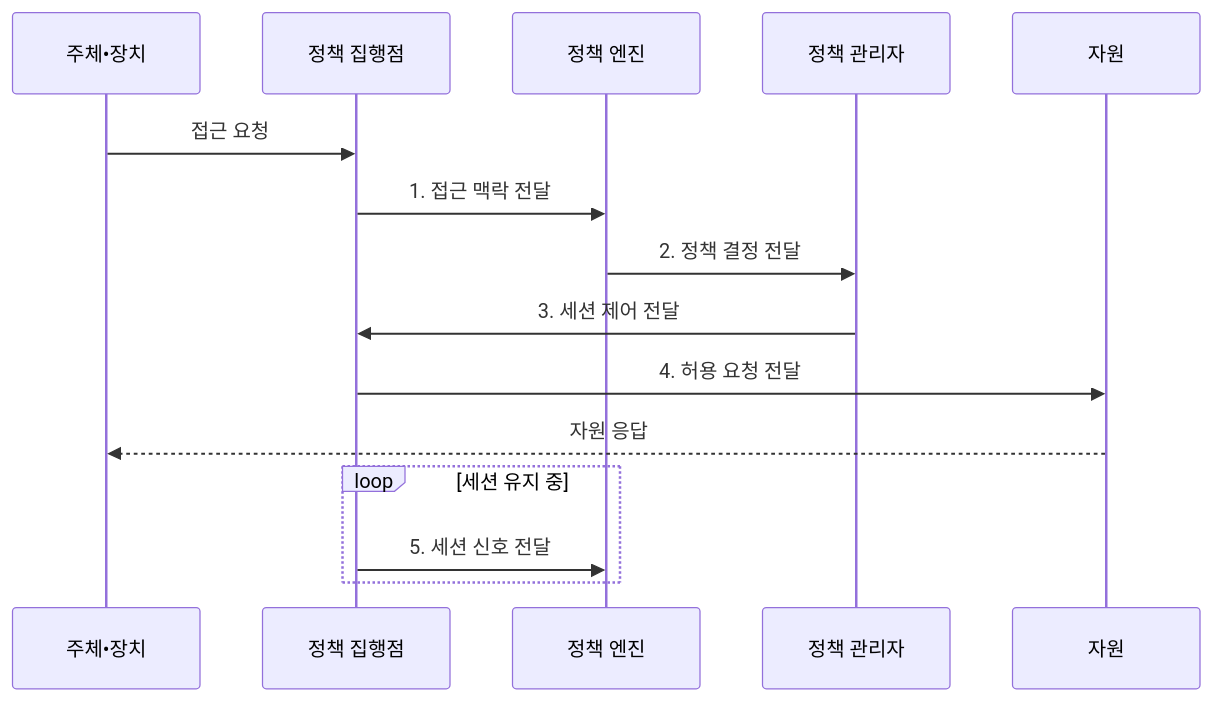
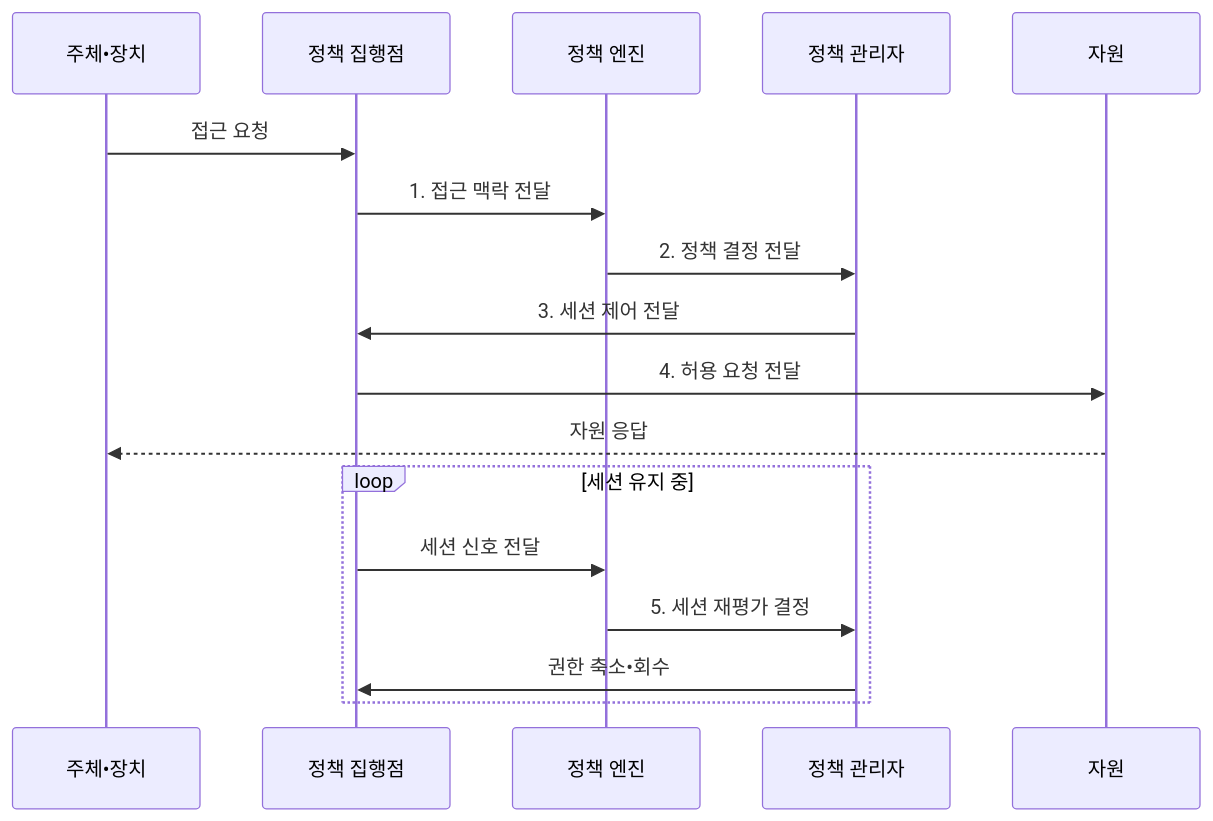
Before and after one commit to agnusdei1207/knowledge-base: the second of 2 diagrams in src/content/docs/notes/08-latest-tech/185_zero_trust_architecture.md, drawn with Mermaid. The commit also changed other lines of this file and 4 other files, not shown here.

````diff
--- a/src/content/docs/notes/08-latest-tech/185_zero_trust_architecture.md
+++ b/src/content/docs/notes/08-latest-tech/185_zero_trust_architecture.md
@@ -102,17 +102,19 @@
 ```mermaid
 sequenceDiagram
   participant S as 주체•장치
   participant P as 정책 집행점
   participant E as 정책 엔진
   participant A as 정책 관리자
   participant R as 자원
   S->>P: 접근 요청
   P->>E: 1. 접근 맥락 전달
   E->>A: 2. 정책 결정 전달
   A->>P: 3. 세션 제어 전달
   P->>R: 4. 허용 요청 전달
   R-->>S: 자원 응답
   loop 세션 유지 중
-    P->>E: 5. 세션 신호 전달
+    P->>E: 세션 신호 전달
+    E->>A: 5. 세션 재평가 결정
+    A->>P: 권한 축소•회수
   end
 ```
````
